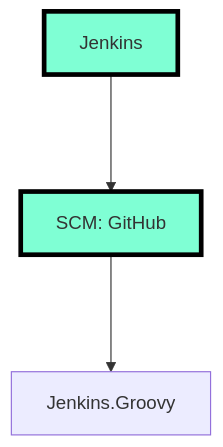
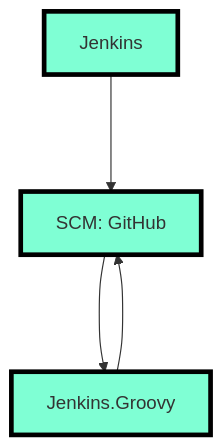
Before and after one commit to Lifailon/Deploy-PS-Module: the second of 2 diagrams in README.md, drawn with Mermaid.

Commit message:
test state

````diff
--- a/README.md
+++ b/README.md
@@ -15,9 +15,10 @@
 ```mermaid
 flowchart TD
     classDef class1 fill:#7FFFD4, stroke:#000, stroke-width:4px
     A[Jenkins]:::class1
     B[SCM: GitHub]:::class1
-    C[Jenkins.Groovy]
+    C[Jenkins.Groovy]:::class1
     A--->B
     B--->C
+    C--->B
 ```
````
